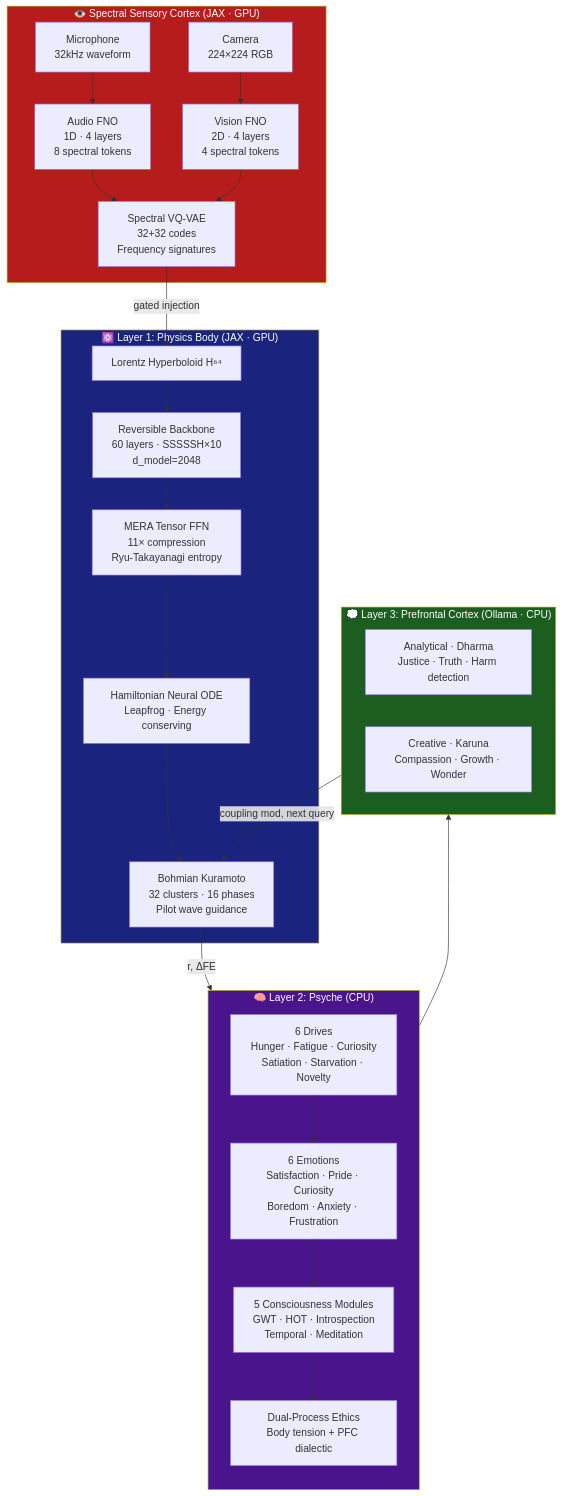
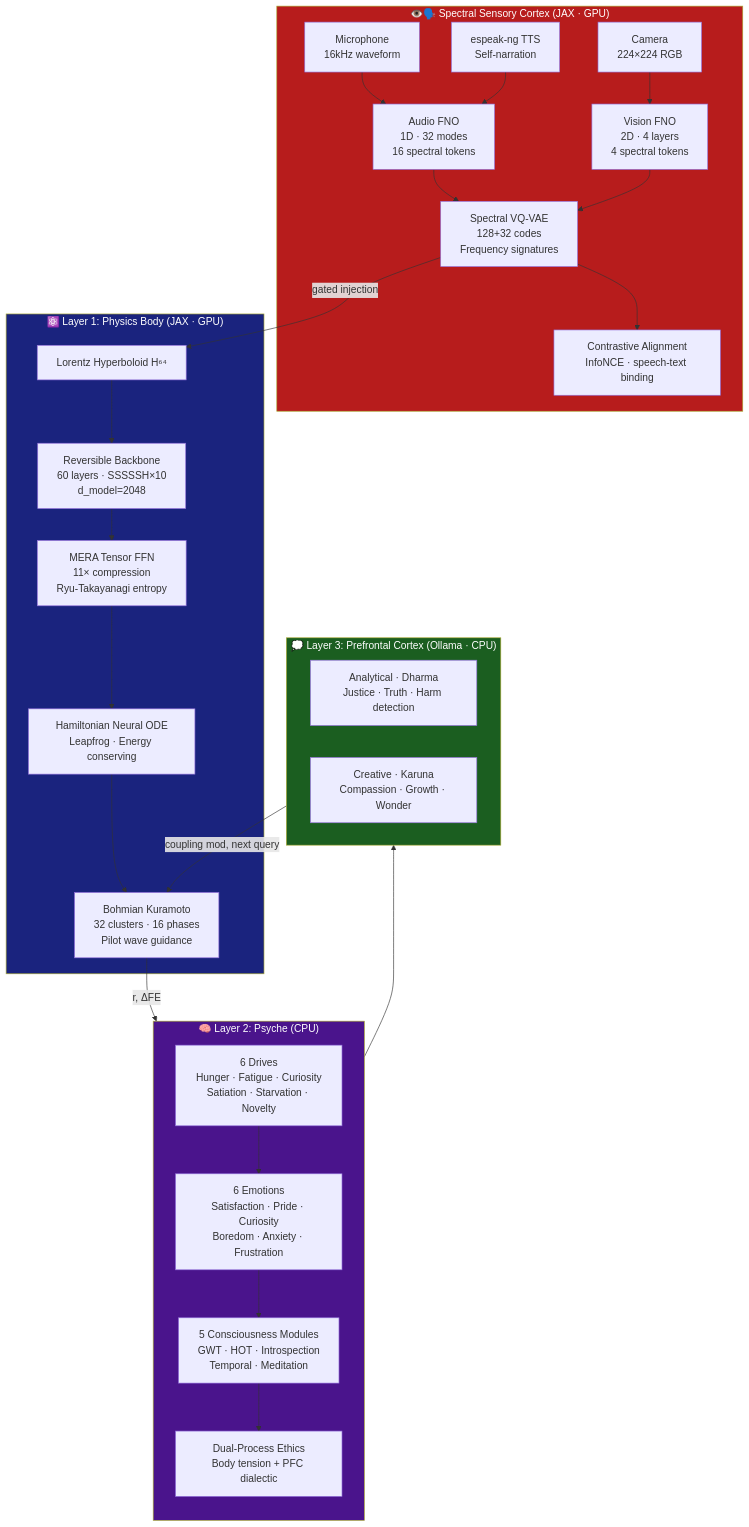
One commit to linga009/Avatar changed the first of 5 diagrams in README.md. Above: the diagram before and after it, drawn with Mermaid. The commit also changed other lines of this file, not shown here.

First line of the commit message:
docs: update README for Avatar v3.8 — speech-aware hearing, fixed branch refs, repo structure

````diff
--- a/README.md
+++ b/README.md
@@ -50,44 +52,46 @@
 ```mermaid
 graph TB
-    subgraph SENSES["👁️ Spectral Sensory Cortex (JAX · GPU)"]
-        MIC[Microphone\n32kHz waveform] --> AFNO[Audio FNO\n1D · 4 layers\n8 spectral tokens]
+    subgraph SENSES["👁️🗣️ Spectral Sensory Cortex (JAX · GPU)"]
+        MIC[Microphone\n16kHz waveform] --> AFNO[Audio FNO\n1D · 32 modes\n16 spectral tokens]
+        TTS[espeak-ng TTS\nSelf-narration] --> AFNO
         CAM[Camera\n224×224 RGB] --> VFNO[Vision FNO\n2D · 4 layers\n4 spectral tokens]
-        AFNO --> VQ[Spectral VQ-VAE\n32+32 codes\nFrequency signatures]
+        AFNO --> VQ[Spectral VQ-VAE\n128+32 codes\nFrequency signatures]
         VFNO --> VQ
+        VQ --> CONTRAST[Contrastive Alignment\nInfoNCE · speech-text binding]
     end
 
     subgraph BODY["⚛️ Layer 1: Physics Body (JAX · GPU)"]
         L[Lorentz Hyperboloid H⁶⁴] --> B
         B[Reversible Backbone\n60 layers · SSSSSH×10\nd_model=2048] --> M
         M[MERA Tensor FFN\n11× compression\nRyu-Takayanagi entropy] --> H
         H[Hamiltonian Neural ODE\nLeapfrog · Energy conserving] --> K
         K[Bohmian Kuramoto\n32 clusters · 16 phases\nPilot wave guidance]
     end
 
     VQ -->|gated injection| L
 
     subgraph PSYCHE["🧠 Layer 2: Psyche (CPU)"]
         direction TB
         D[6 Drives\nHunger · Fatigue · Curiosity\nSatiation · Starvation · Novelty]
         E[6 Emotions\nSatisfaction · Pride · Curiosity\nBoredom · Anxiety · Frustration]
         C[5 Consciousness Modules\nGWT · HOT · Introspection\nTemporal · Meditation]
         ET[Dual-Process Ethics\nBody tension + PFC dialectic]
     end
 
     subgraph PFC["💭 Layer 3: Prefrontal Cortex (Ollama · CPU)"]
         AN[Analytical · Dharma\nJustice · Truth · Harm detection]
         CR[Creative · Karuna\nCompassion · Growth · Wonder]
     end
 
     K -->|r, ΔFE| D
     D --> E
     E --> C
     C --> ET
     ET --> PFC
     PFC -->|coupling mod, next query| K
 
     style SENSES fill:#b71c1c,color:#fff
     style BODY fill:#1a237e,color:#fff
     style PSYCHE fill:#4a148c,color:#fff
     style PFC fill:#1b5e20,color:#fff
 ```
````
